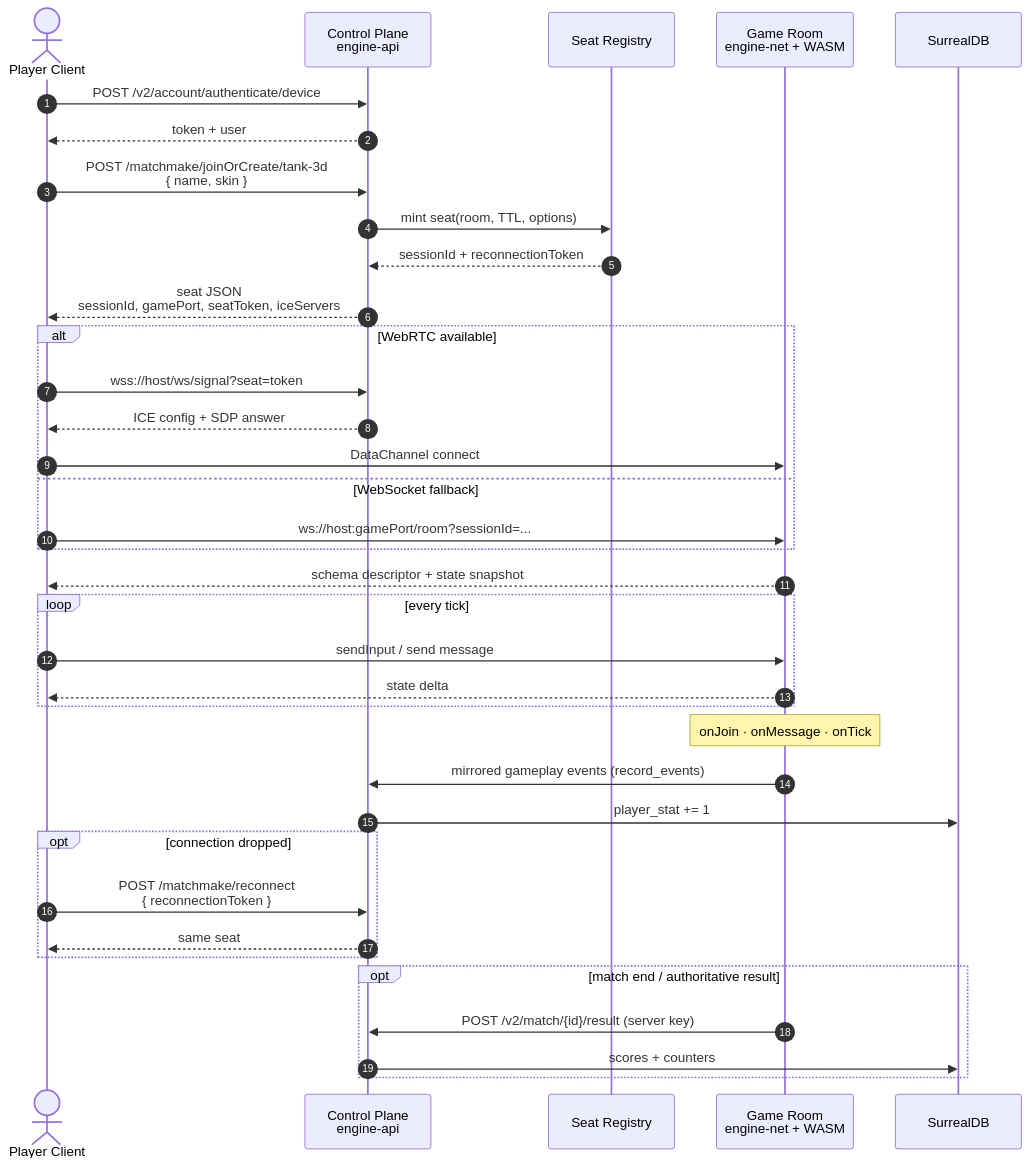
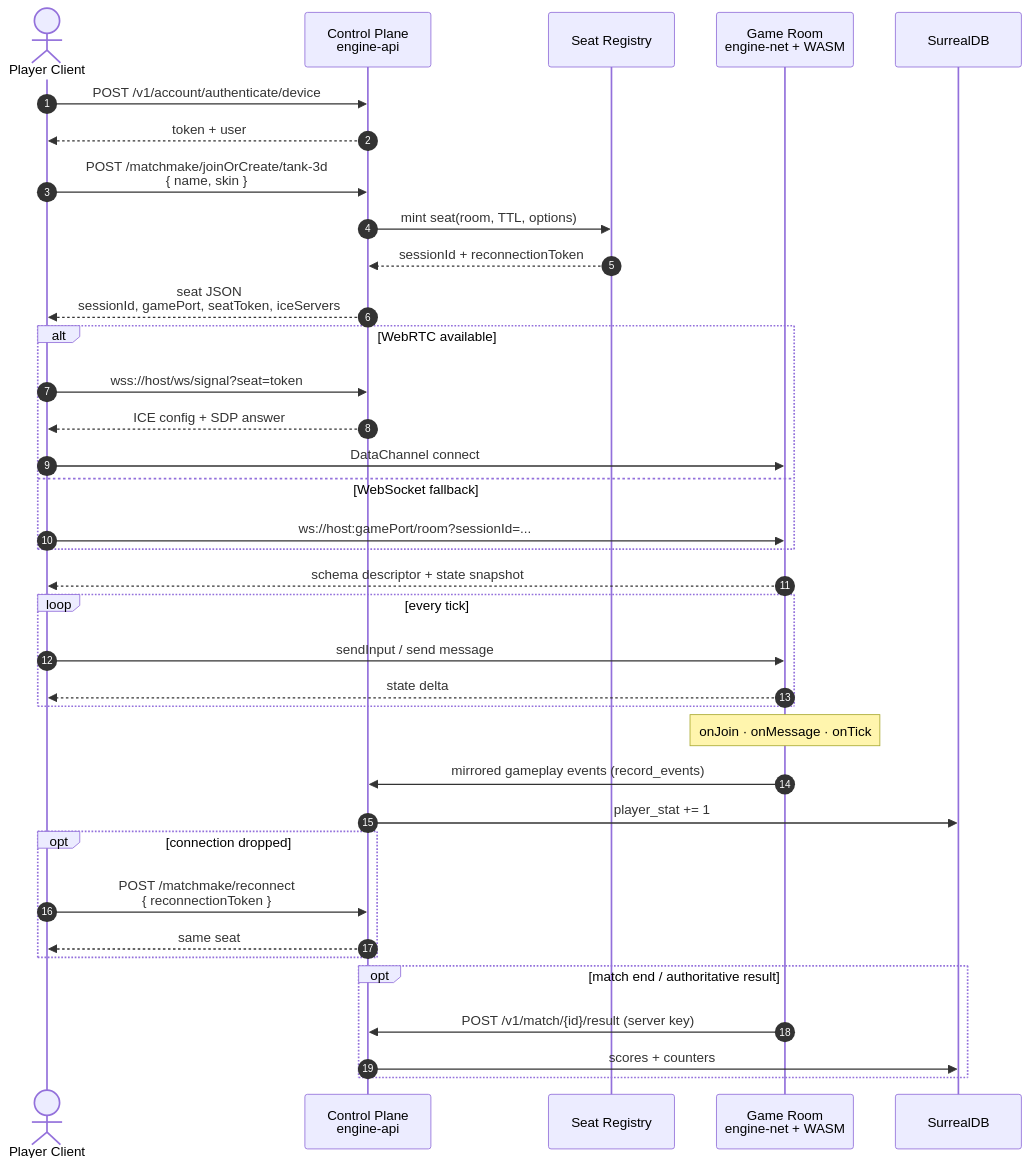
The diagram in docs/flows/match.mmd (ananddub/cyg), drawn with Mermaid before and after one commit. The commit also changed 644 other files, not shown here.

```diff
--- a/docs/flows/match.mmd
+++ b/docs/flows/match.mmd
@@ -1,43 +1,43 @@
 sequenceDiagram
     autonumber
     actor P as Player Client
     participant API as Control Plane<br/>engine-api
     participant SR as Seat Registry
     participant ROOM as Game Room<br/>engine-net + WASM
     participant DB as SurrealDB
 
-    P->>API: POST /v2/account/authenticate/device
+    P->>API: POST /v1/account/authenticate/device
     API-->>P: token + user
 
     P->>API: POST /matchmake/joinOrCreate/tank-3d<br/>{ name, skin }
     API->>SR: mint seat(room, TTL, options)
     SR-->>API: sessionId + reconnectionToken
     API-->>P: seat JSON<br/>sessionId, gamePort, seatToken, iceServers
 
     alt WebRTC available
         P->>API: wss://host/ws/signal?seat=token
         API-->>P: ICE config + SDP answer
         P->>ROOM: DataChannel connect
     else WebSocket fallback
         P->>ROOM: ws://host:gamePort/room?sessionId=...
     end
 
     ROOM-->>P: schema descriptor + state snapshot
     loop every tick
         P->>ROOM: sendInput / send message
         ROOM-->>P: state delta
     end
     Note over ROOM: onJoin · onMessage · onTick
 
     ROOM->>API: mirrored gameplay events (record_events)
     API->>DB: player_stat += 1
 
     opt connection dropped
         P->>API: POST /matchmake/reconnect<br/>{ reconnectionToken }
         API-->>P: same seat
     end
 
     opt match end / authoritative result
-        ROOM->>API: POST /v2/match/{id}/result (server key)
+        ROOM->>API: POST /v1/match/{id}/result (server key)
         API->>DB: scores + counters
     end
```
